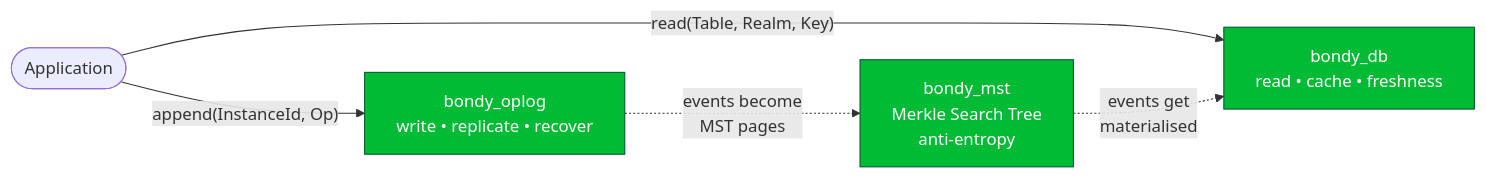
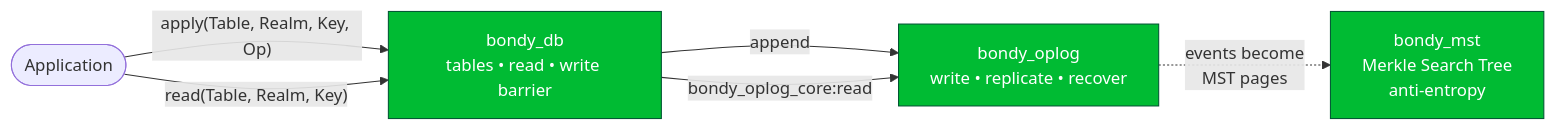
One commit to bondy-io/bondy changed the first of 5 diagrams in apps/bondy_db/doc_extras/architecture/00_overview.md. Above: the diagram before and after it, drawn with Mermaid. The commit also changed other lines of this file and 449 other files, not shown here.

````diff
--- a/apps/bondy_db/doc_extras/architecture/00_overview.md
+++ b/apps/bondy_db/doc_extras/architecture/00_overview.md
@@ -34,16 +38,17 @@
 ```mermaid
 flowchart LR
     App(["Application"])
+    DB["bondy_db<br/>tables • read • write barrier"]
     OPLOG["bondy_oplog<br/>write • replicate • recover"]
     MST["bondy_mst<br/>Merkle Search Tree<br/>anti-entropy"]
-    DB["bondy_db<br/>read • cache • freshness"]
 
-    App -- "append(InstanceId, Op)" --> OPLOG
+    App -- "apply(Table, Realm, Key, Op)" --> DB
     App -- "read(Table, Realm, Key)" --> DB
+    DB -- "append" --> OPLOG
+    DB -- "bondy_oplog_core:read" --> OPLOG
 
     OPLOG -. "events become<br/>MST pages" .-> MST
-    MST  -. "events get<br/>materialised" .-> DB
 
     classDef pkg fill:#0b3,stroke:#053,color:#fff;
     class OPLOG,MST,DB pkg;
 ```
````
